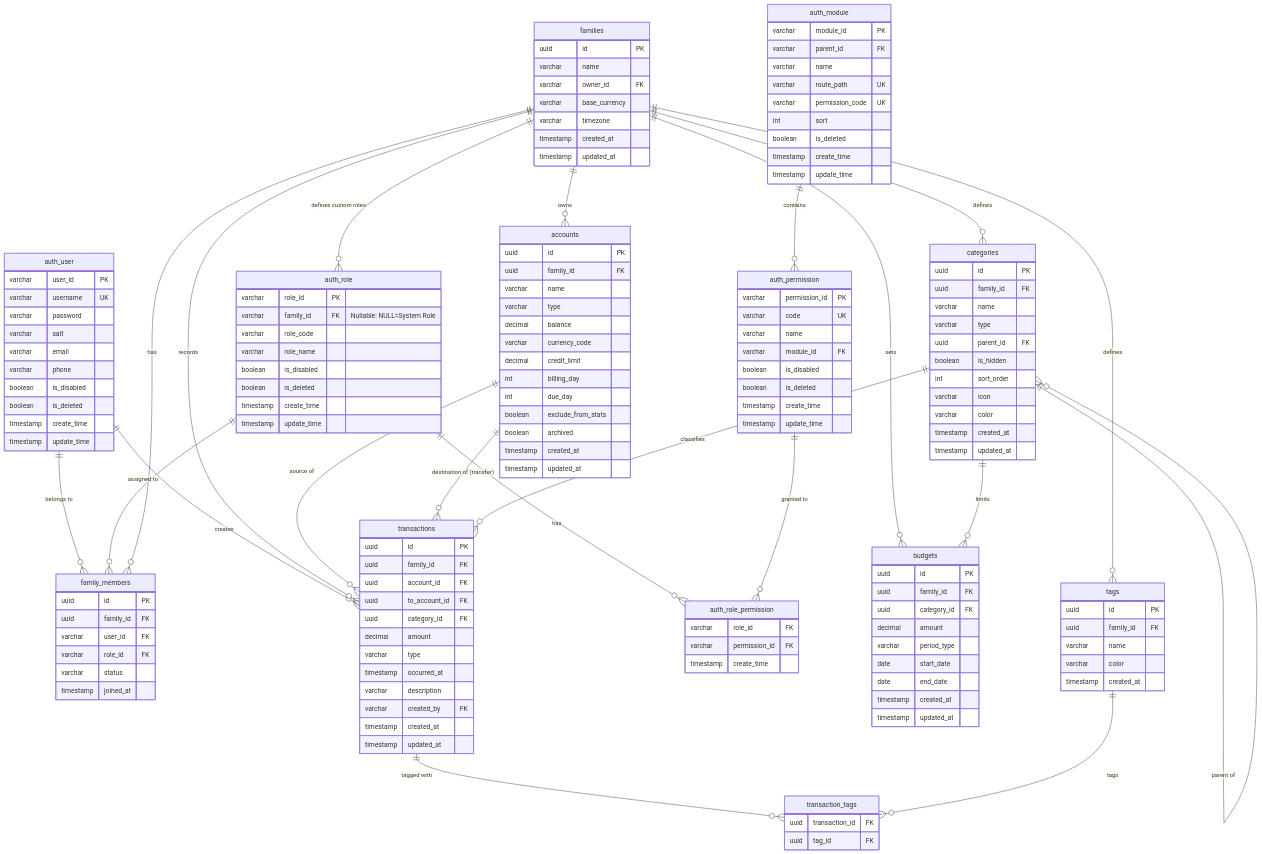
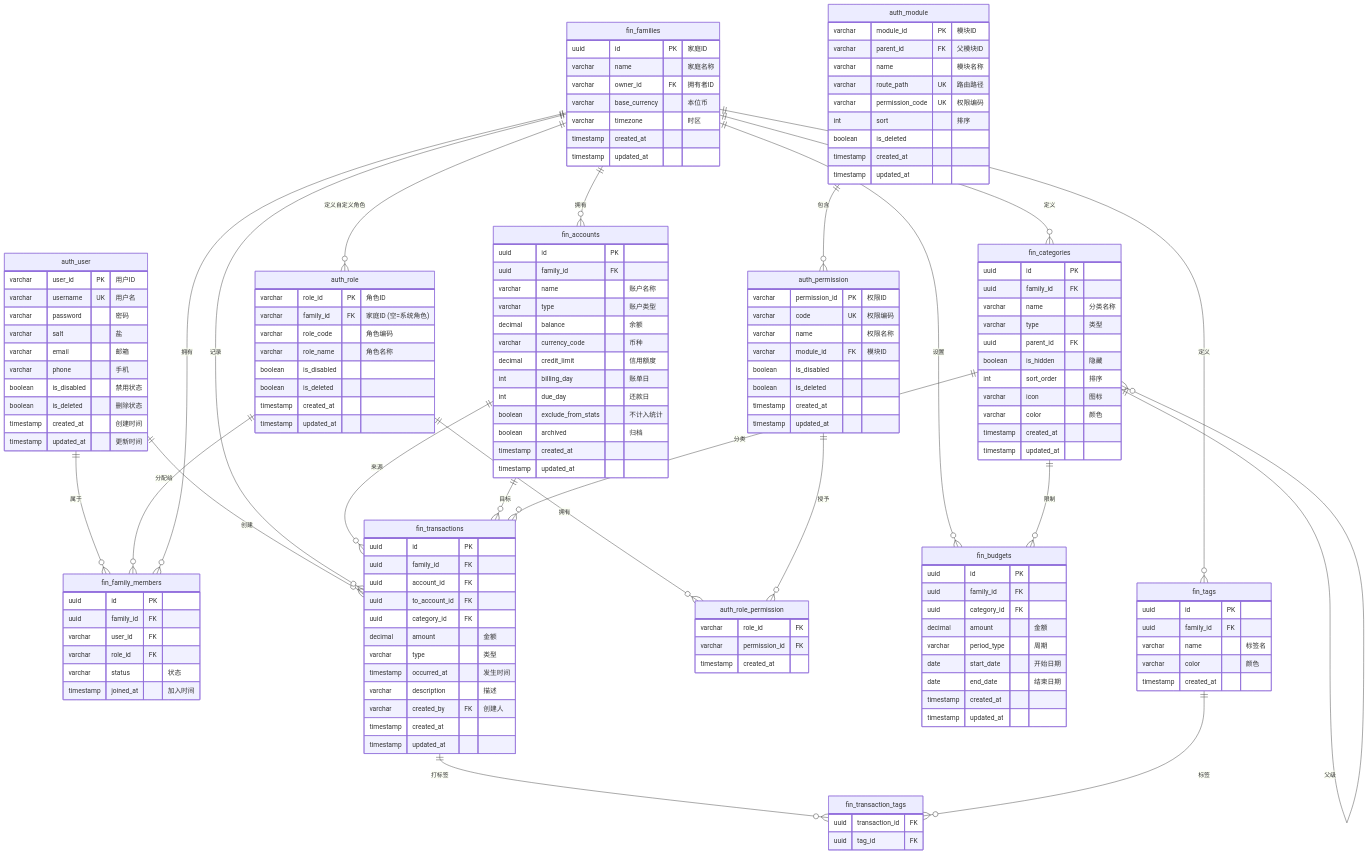
Before and after one commit to seeintea/goi: the diagram in docs/architecture/database-schema.md, drawn with Mermaid. The commit also changed other lines of this file and 58 other files, not shown here.

First line of the commit message:
docs: add schema standardization proposal document

````diff
--- a/docs/architecture/database-schema.md
+++ b/docs/architecture/database-schema.md
@@ -16,169 +16,169 @@
 ```mermaid
 erDiagram
-    auth_user ||--o{ family_members : "belongs to"
-    auth_user ||--o{ transactions : "creates"
+    auth_user ||--o{ fin_family_members : "属于"
+    auth_user ||--o{ fin_transactions : "创建"
 
-    auth_role ||--o{ family_members : "assigned to"
-    auth_role ||--o{ auth_role_permission : "has"
-    auth_permission ||--o{ auth_role_permission : "granted to"
-    auth_module ||--o{ auth_permission : "contains"
+    auth_role ||--o{ fin_family_members : "分配给"
+    auth_role ||--o{ auth_role_permission : "拥有"
+    auth_permission ||--o{ auth_role_permission : "授予"
+    auth_module ||--o{ auth_permission : "包含"
 
-    families ||--o{ family_members : "has"
-    families ||--o{ auth_role : "defines custom roles"
-    families ||--o{ accounts : "owns"
-    families ||--o{ categories : "defines"
-    families ||--o{ transactions : "records"
-    families ||--o{ budgets : "sets"
-    families ||--o{ tags : "defines"
+    fin_families ||--o{ fin_family_members : "拥有"
+    fin_families ||--o{ auth_role : "定义自定义角色"
+    fin_families ||--o{ fin_accounts : "拥有"
+    fin_families ||--o{ fin_categories : "定义"
+    fin_families ||--o{ fin_transactions : "记录"
+    fin_families ||--o{ fin_budgets : "设置"
+    fin_families ||--o{ fin_tags : "定义"
 
-    accounts ||--o{ transactions : "source of"
-    accounts ||--o{ transactions : "destination of (transfer)"
+    fin_accounts ||--o{ fin_transactions : "来源"
+    fin_accounts ||--o{ fin_transactions : "目标"
 
-    categories ||--o{ categories : "parent of"
-    categories ||--o{ transactions : "classifies"
-    categories ||--o{ budgets : "limits"
+    fin_categories ||--o{ fin_categories : "父级"
+    fin_categories ||--o{ fin_transactions : "分类"
+    fin_categories ||--o{ fin_budgets : "限制"
 
-    transactions ||--o{ transaction_tags : "tagged with"
-    tags ||--o{ transaction_tags : "tags"
+    fin_transactions ||--o{ fin_transaction_tags : "打标签"
+    fin_tags ||--o{ fin_transaction_tags : "标签"
 
     auth_user {
-        varchar user_id PK
-        varchar username UK
-        varchar password
-        varchar salt
-        varchar email
-        varchar phone
-        boolean is_disabled
-        boolean is_deleted
-        timestamp create_time
-        timestamp update_time
+        varchar user_id PK "用户ID"
+        varchar username UK "用户名"
+        varchar password "密码"
+        varchar salt "盐"
+        varchar email "邮箱"
+        varchar phone "手机"
+        boolean is_disabled "禁用状态"
+        boolean is_deleted "删除状态"
+        timestamp created_at "创建时间"
+        timestamp updated_at "更新时间"
     }
 
     auth_role {
-        varchar role_id PK
-        varchar family_id FK "Nullable: NULL=System Role"
-        varchar role_code
-        varchar role_name
+        varchar role_id PK "角色ID"
+        varchar family_id FK "家庭ID (空=系统角色)"
+        varchar role_code "角色编码"
+        varchar role_name "角色名称"
         boolean is_disabled
         boolean is_deleted
-        timestamp create_time
-        timestamp update_time
+        timestamp created_at
+        timestamp updated_at
     }
 
     auth_permission {
-        varchar permission_id PK
-        varchar code UK
-        varchar name
-        varchar module_id FK
+        varchar permission_id PK "权限ID"
+        varchar code UK "权限编码"
+        varchar name "权限名称"
+        varchar module_id FK "模块ID"
         boolean is_disabled
         boolean is_deleted
-        timestamp create_time
-        timestamp update_time
+        timestamp created_at
+        timestamp updated_at
     }
 
     auth_role_permission {
         varchar role_id FK
         varchar permission_id FK
-        timestamp create_time
+        timestamp created_at
     }
 
     auth_module {
-        varchar module_id PK
-        varchar parent_id FK
-        varchar name
-        varchar route_path UK
-        varchar permission_code UK
-        int sort
+        varchar module_id PK "模块ID"
+        varchar parent_id FK "父模块ID"
+        varchar name "模块名称"
+        varchar route_path UK "路由路径"
+        varchar permission_code UK "权限编码"
+        int sort "排序"
         boolean is_deleted
-        timestamp create_time
-        timestamp update_time
-    }
-
-    families {
-        uuid id PK
-        varchar name
-        varchar owner_id FK
-        varchar base_currency
-        varchar timezone
         timestamp created_at
         timestamp updated_at
     }
 
-    family_members {
+    fin_families {
+        uuid id PK "家庭ID"
+        varchar name "家庭名称"
+        varchar owner_id FK "拥有者ID"
+        varchar base_currency "本位币"
+        varchar timezone "时区"
+        timestamp created_at
+        timestamp updated_at
+    }
+
+    fin_family_members {
         uuid id PK
         uuid family_id FK
         varchar user_id FK
         varchar role_id FK
-        varchar status
-        timestamp joined_at
+        varchar status "状态"
+        timestamp joined_at "加入时间"
     }
 
-    accounts {
+    fin_accounts {
         uuid id PK
         uuid family_id FK
-        varchar name
-        varchar type
-        decimal balance
-        varchar currency_code
-        decimal credit_limit
-        int billing_day
-        int due_day
-        boolean exclude_from_stats
-        boolean archived
+        varchar name "账户名称"
+        varchar type "账户类型"
+        decimal balance "余额"
+        varchar currency_code "币种"
+        decimal credit_limit "信用额度"
+        int billing_day "账单日"
+        int due_day "还款日"
+        boolean exclude_from_stats "不计入统计"
+        boolean archived "归档"
         timestamp created_at
         timestamp updated_at
     }
 
-    categories {
+    fin_categories {
         uuid id PK
         uuid family_id FK
-        varchar name
-        varchar type
+        varchar name "分类名称"
+        varchar type "类型"
         uuid parent_id FK
-        boolean is_hidden
-        int sort_order
-        varchar icon
-        varchar color
+        boolean is_hidden "隐藏"
+        int sort_order "排序"
+        varchar icon "图标"
+        varchar color "颜色"
         timestamp created_at
         timestamp updated_at
     }
 
-    transactions {
+    fin_transactions {
         uuid id PK
         uuid family_id FK
         uuid account_id FK
         uuid to_account_id FK
         uuid category_id FK
-        decimal amount
-        varchar type
-        timestamp occurred_at
-        varchar description
-        varchar created_by FK
+        decimal amount "金额"
+        varchar type "类型"
+        timestamp occurred_at "发生时间"
+        varchar description "描述"
+        varchar created_by FK "创建人"
         timestamp created_at
         timestamp updated_at
     }
 
-    tags {
+    fin_tags {
         uuid id PK
         uuid family_id FK
-        varchar name
-        varchar color
+        varchar name "标签名"
+        varchar color "颜色"
         timestamp created_at
     }
 
-    transaction_tags {
+    fin_transaction_tags {
         uuid transaction_id FK
         uuid tag_id FK
     }
 
-    budgets {
+    fin_budgets {
         uuid id PK
         uuid family_id FK
         uuid category_id FK
-        decimal amount
-        varchar period_type
-        date start_date
-        date end_date
+        decimal amount "金额"
+        varchar period_type "周期"
+        date start_date "开始日期"
+        date end_date "结束日期"
         timestamp created_at
         timestamp updated_at
     }
````
